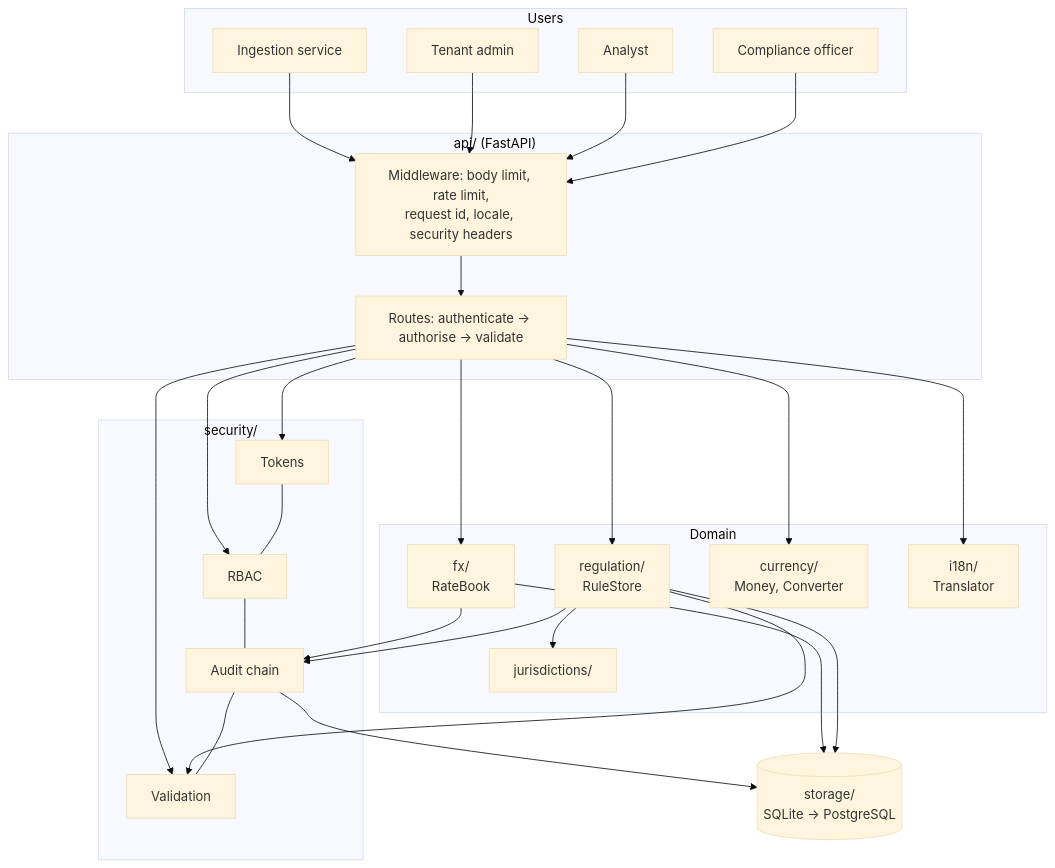
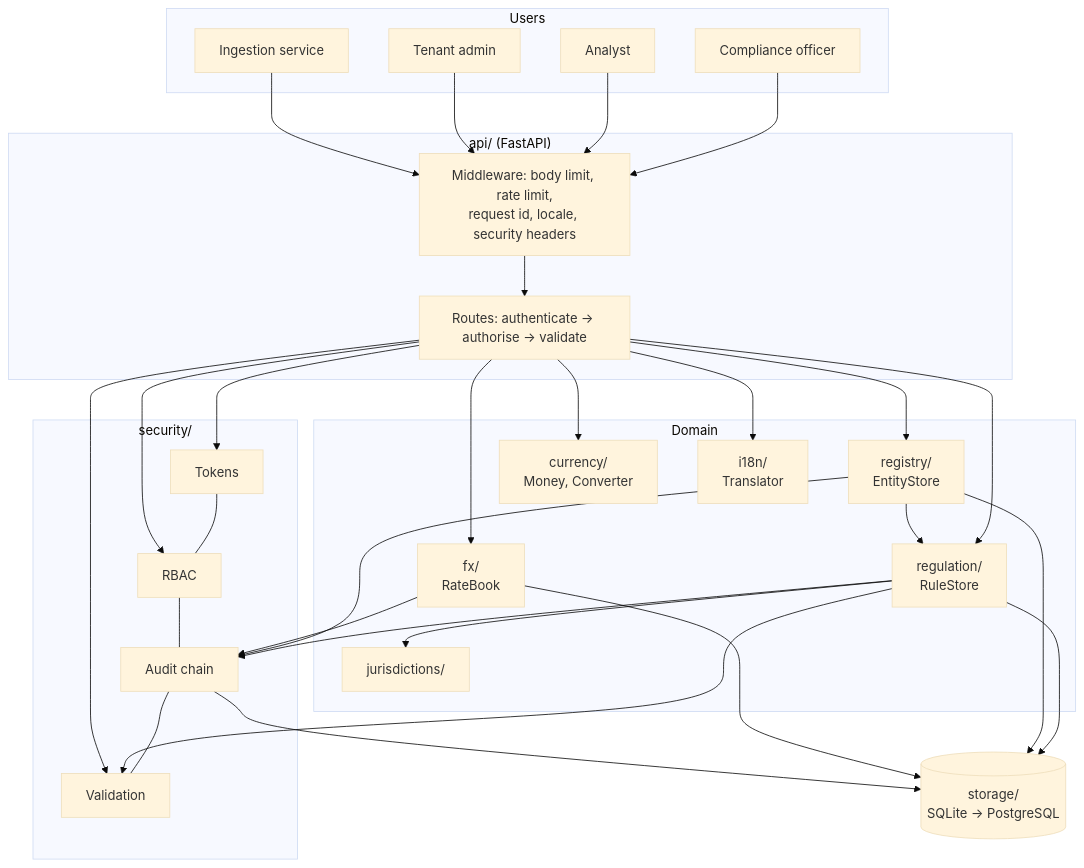
One commit to lari98/reggraph-europe changed the diagram in docs/ARCHITECTURE.md. Above: the diagram before and after it, drawn with Mermaid (base theme). The commit also changed other lines of this file and 27 other files, not shown here.

````diff
--- a/docs/ARCHITECTURE.md
+++ b/docs/ARCHITECTURE.md
@@ -6,28 +6,30 @@
 ```mermaid
 flowchart TB
     subgraph Users
       U1[Compliance officer]; U2[Analyst]; U3[Tenant admin]; U4[Ingestion service]
     end
     subgraph API["api/  (FastAPI)"]
       MW[Middleware: body limit, rate limit,<br/>request id, locale, security headers]
       RT[Routes: authenticate → authorise → validate]
     end
     subgraph Domain
       REG[regulation/<br/>RuleStore]
+      REGY[registry/<br/>EntityStore]
       FX[fx/<br/>RateBook]
       CUR[currency/<br/>Money, Converter]
       I18[i18n/<br/>Translator]
       JUR[jurisdictions/]
     end
     subgraph Security["security/"]
       TOK[Tokens] --- RB[RBAC] --- AUD[Audit chain] --- VAL[Validation]
     end
     DB[(storage/<br/>SQLite → PostgreSQL)]
     U1 & U2 & U3 & U4 --> MW --> RT
-    RT --> REG & FX & CUR & I18
+    RT --> REG & REGY & FX & CUR & I18
     REG --> JUR
-    REG & FX --> AUD --> DB
-    REG & FX --> DB
+    REGY --> REG
+    REG & REGY & FX --> AUD --> DB
+    REG & REGY & FX --> DB
     RT --> TOK & RB
     REG & RT --> VAL
 ```
````
